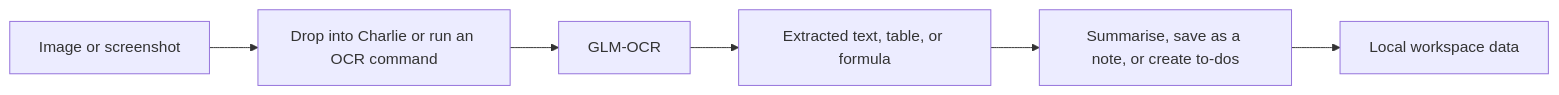
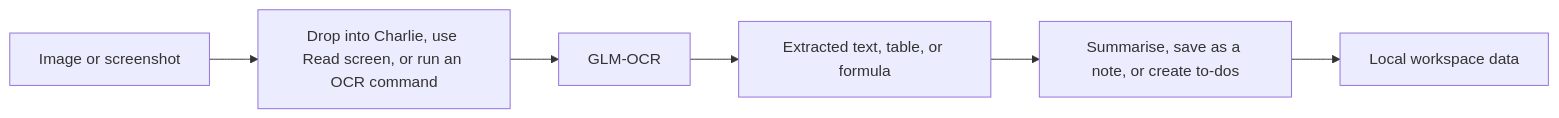
The third of 3 diagrams in README.md (purvik08/Charlie_AI), drawn with Mermaid before and after one commit. The commit also changed other lines of this file and 34 other files, not shown here.

````diff
--- a/README.md
+++ b/README.md
@@ -110,8 +110,8 @@
 ```mermaid
 flowchart LR
-    A[Image or screenshot] --> B[Drop into Charlie or run an OCR command]
+    A[Image or screenshot] --> B[Drop into Charlie, use Read screen, or run an OCR command]
     B --> C[GLM-OCR]
     C --> D[Extracted text, table, or formula]
     D --> E[Summarise, save as a note, or create to-dos]
     E --> F[Local workspace data]
 ```
````
